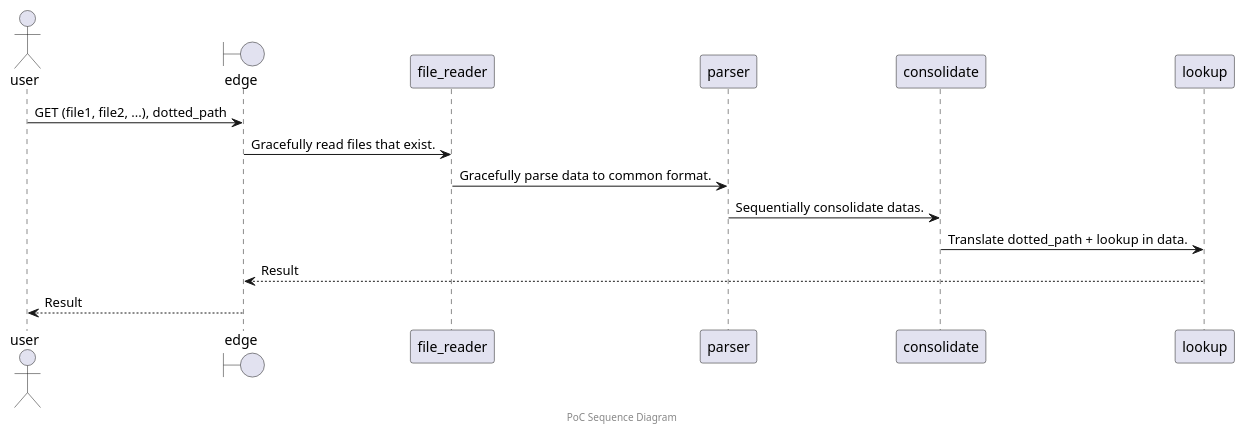
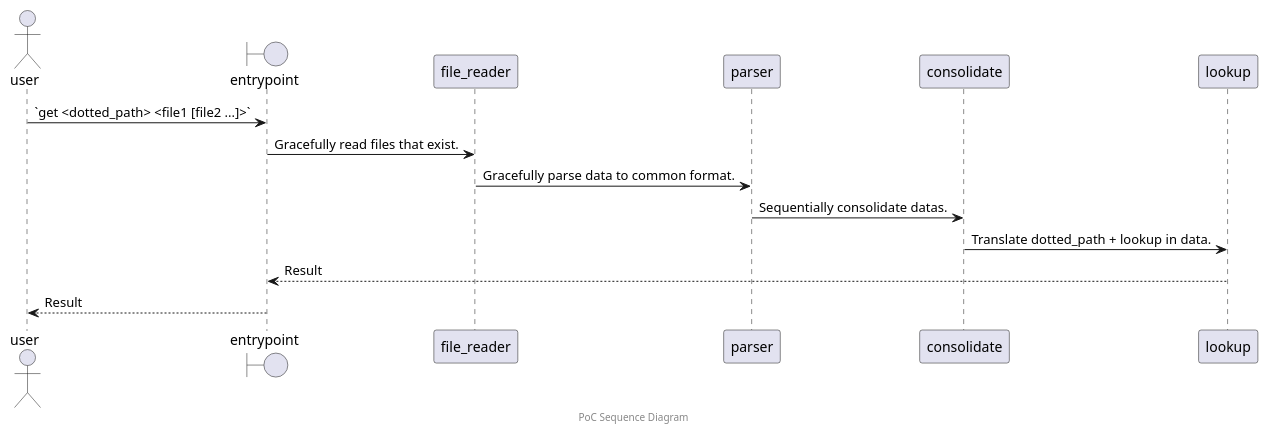
The diagram in docs/designs/poc_sequence.plantuml (jackson15j/python_homework_config_file_parser), drawn with PlantUML before and after one commit. The commit also changed 1 other file, not shown here.

```diff
--- a/docs/designs/poc_sequence.plantuml
+++ b/docs/designs/poc_sequence.plantuml
@@ -1,19 +1,19 @@
 @startuml
 
 footer PoC Sequence Diagram
 
 actor user
-boundary edge
+boundary entrypoint
 participant file_reader
 participant parser
 participant consolidate
 participant lookup
 
-user -> edge: GET (file1, file2, ...), dotted_path
-edge -> file_reader: Gracefully read files that exist.
+user -> entrypoint: `get <dotted_path> <file1 [file2 ...]>`
+entrypoint -> file_reader: Gracefully read files that exist.
 file_reader -> parser: Gracefully parse data to common format.
 parser -> consolidate: Sequentially consolidate datas.
 consolidate -> lookup: Translate dotted_path + lookup in data.
-edge <-- lookup: Result
-user <-- edge: Result
+entrypoint <-- lookup: Result
+user <-- entrypoint: Result
 @enduml
```
